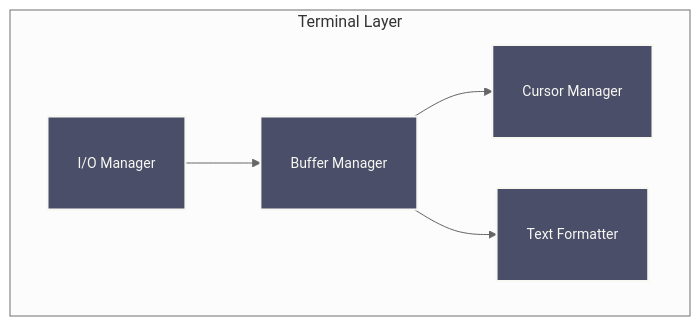
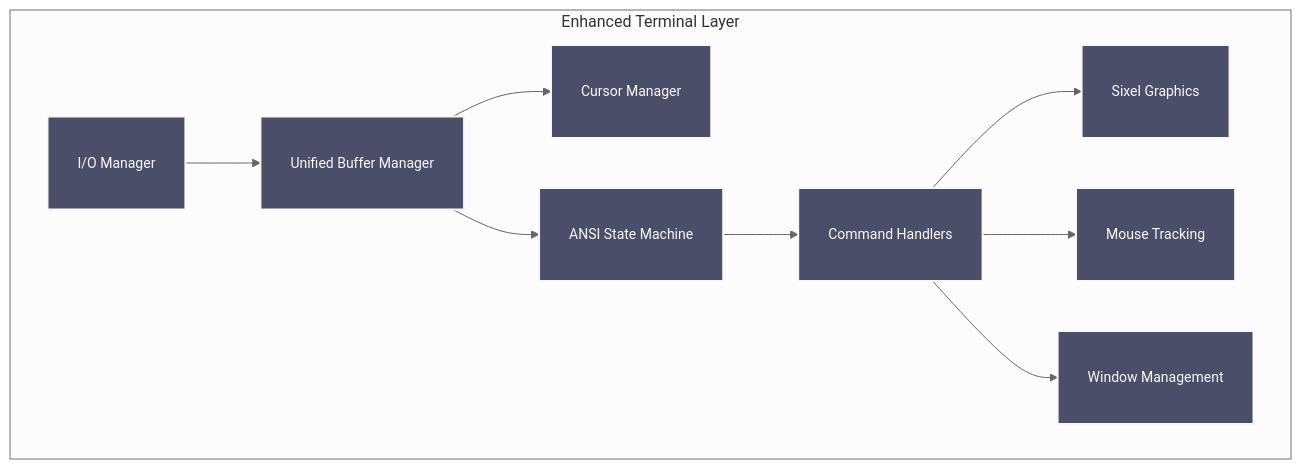
One commit to Hydepwns/raxol changed the third of 9 diagrams in docs/ARCHITECTURE.md. Above: the diagram before and after it, drawn with Mermaid (neutral theme). The commit also changed other lines of this file and 2 other files, not shown here.

````diff
--- a/docs/ARCHITECTURE.md
+++ b/docs/ARCHITECTURE.md
@@ -103,16 +111,24 @@
 ```mermaid
 graph TB
-    subgraph Terminal["Terminal Layer"]
-        Buffer[Buffer Manager]
+    subgraph Terminal["Enhanced Terminal Layer"]
+        Buffer[Unified Buffer Manager]
         Cursor[Cursor Manager]
         IO[I/O Manager]
-        Formatter[Text Formatter]
+        ANSI[ANSI State Machine]
+        Commands[Command Handlers]
+        Graphics[Sixel Graphics]
+        Mouse[Mouse Tracking]
+        Window[Window Management]
     end
 
     Buffer --> Cursor
-    Buffer --> Formatter
+    Buffer --> ANSI
+    ANSI --> Commands
+    Commands --> Graphics
+    Commands --> Mouse
+    Commands --> Window
     IO --> Buffer
 
     classDef component fill:#4a4e69,stroke:#f8f8f2,stroke-width:2px,color:#f8f8f2,font-size:14px,padding:6px;
-    class Buffer,Cursor,IO,Formatter component;
+    class Buffer,Cursor,IO,ANSI,Commands,Graphics,Mouse,Window component;
 ```
````
